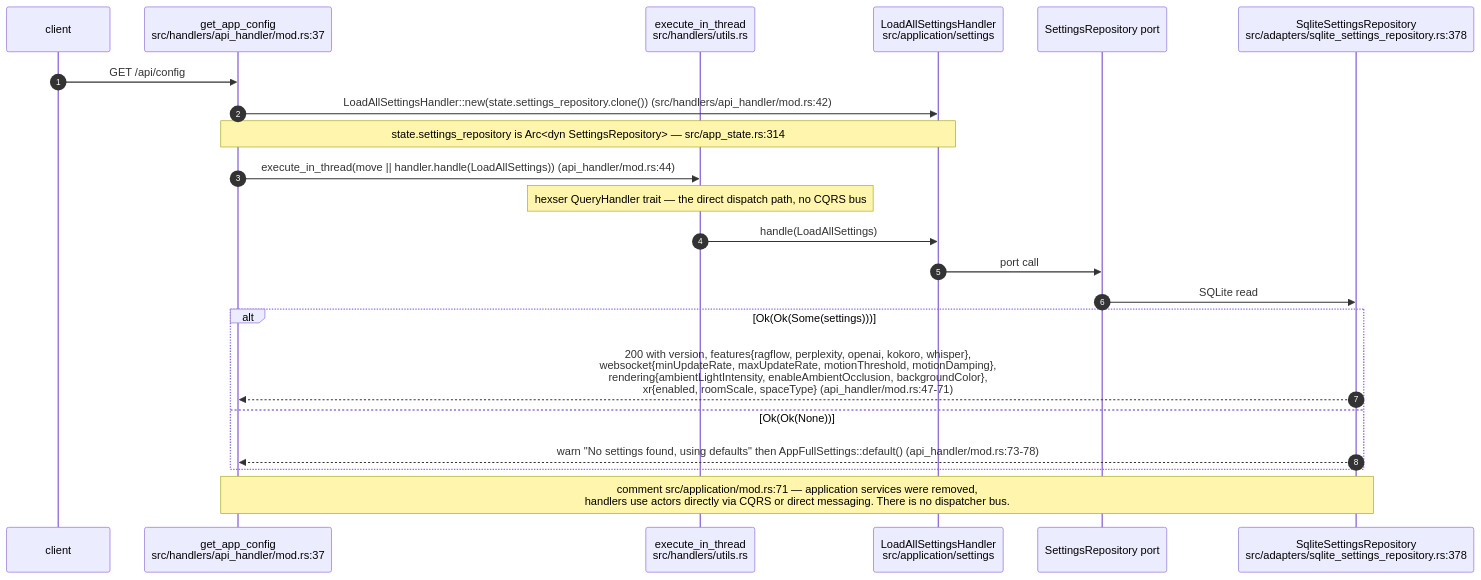
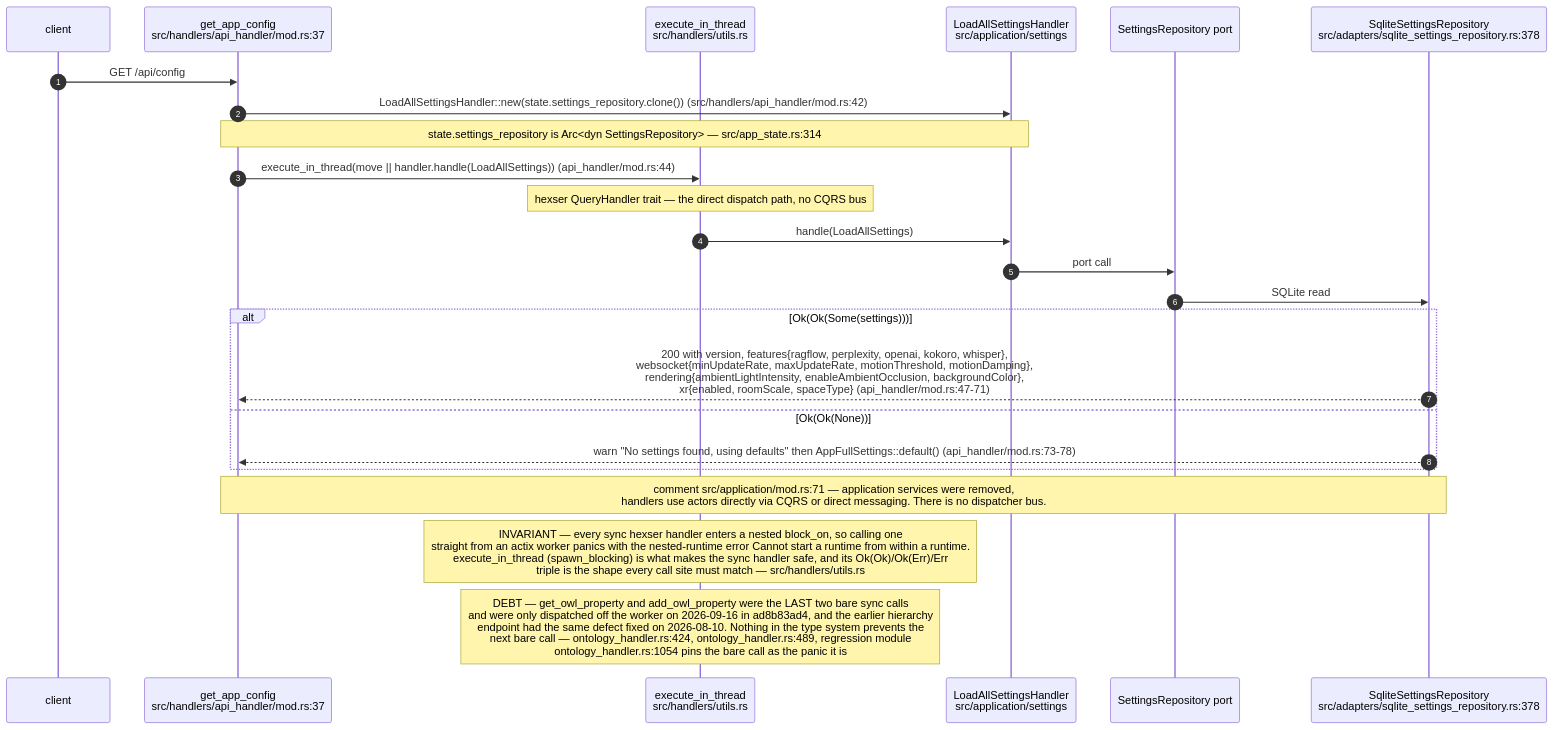
Before and after one commit to DreamLab-AI/VisionFlow: the seventh of 12 diagrams in docs/diagrams/visionclaw/07-hexagonal-ports-and-crates.md, drawn with Mermaid. The commit also changed other lines of this file and 32 other files, not shown here.

````diff
--- a/docs/diagrams/visionclaw/07-hexagonal-ports-and-crates.md
+++ b/docs/diagrams/visionclaw/07-hexagonal-ports-and-crates.md
@@ -303,25 +304,27 @@
 ```mermaid
 sequenceDiagram
     autonumber
     participant CL as client
     participant H as get_app_config<br/>src/handlers/api_handler/mod.rs:37
     participant EX as execute_in_thread<br/>src/handlers/utils.rs
     participant QH as LoadAllSettingsHandler<br/>src/application/settings
     participant PT as SettingsRepository port
     participant AD as SqliteSettingsRepository<br/>src/adapters/sqlite_settings_repository.rs:378
 
     CL->>H: GET /api/config
     H->>QH: LoadAllSettingsHandler::new(state.settings_repository.clone()) (src/handlers/api_handler/mod.rs:42)
     Note over H,QH: state.settings_repository is Arc<dyn SettingsRepository> — src/app_state.rs:314
     H->>EX: execute_in_thread(move || handler.handle(LoadAllSettings)) (api_handler/mod.rs:44)
     Note over EX: hexser QueryHandler trait — the direct dispatch path, no CQRS bus
     EX->>QH: handle(LoadAllSettings)
     QH->>PT: port call
     PT->>AD: SQLite read
     alt Ok(Ok(Some(settings)))
         AD-->>H: 200 with version, features{ragflow, perplexity, openai, kokoro, whisper},<br/>websocket{minUpdateRate, maxUpdateRate, motionThreshold, motionDamping},<br/>rendering{ambientLightIntensity, enableAmbientOcclusion, backgroundColor},<br/>xr{enabled, roomScale, spaceType} (api_handler/mod.rs:47-71)
     else Ok(Ok(None))
         AD-->>H: warn "No settings found, using defaults" then AppFullSettings::default() (api_handler/mod.rs:73-78)
     end
     Note over H,AD: comment src/application/mod.rs:71 — application services were removed,<br/>handlers use actors directly via CQRS or direct messaging. There is no dispatcher bus.
+    Note over EX: INVARIANT — every sync hexser handler enters a nested block_on, so calling one<br/>straight from an actix worker panics with the nested-runtime error Cannot start a runtime from within a runtime.<br/>execute_in_thread (spawn_blocking) is what makes the sync handler safe, and its Ok(Ok)/Ok(Err)/Err<br/>triple is the shape every call site must match — src/handlers/utils.rs
+    Note over EX: DEBT — get_owl_property and add_owl_property were the LAST two bare sync calls<br/>and were only dispatched off the worker on 2026-09-16 in ad8b83ad4, and the earlier hierarchy<br/>endpoint had the same defect fixed on 2026-08-10. Nothing in the type system prevents the<br/>next bare call — ontology_handler.rs:424, ontology_handler.rs:489, regression module<br/>ontology_handler.rs:1054 pins the bare call as the panic it is
 ```
````
